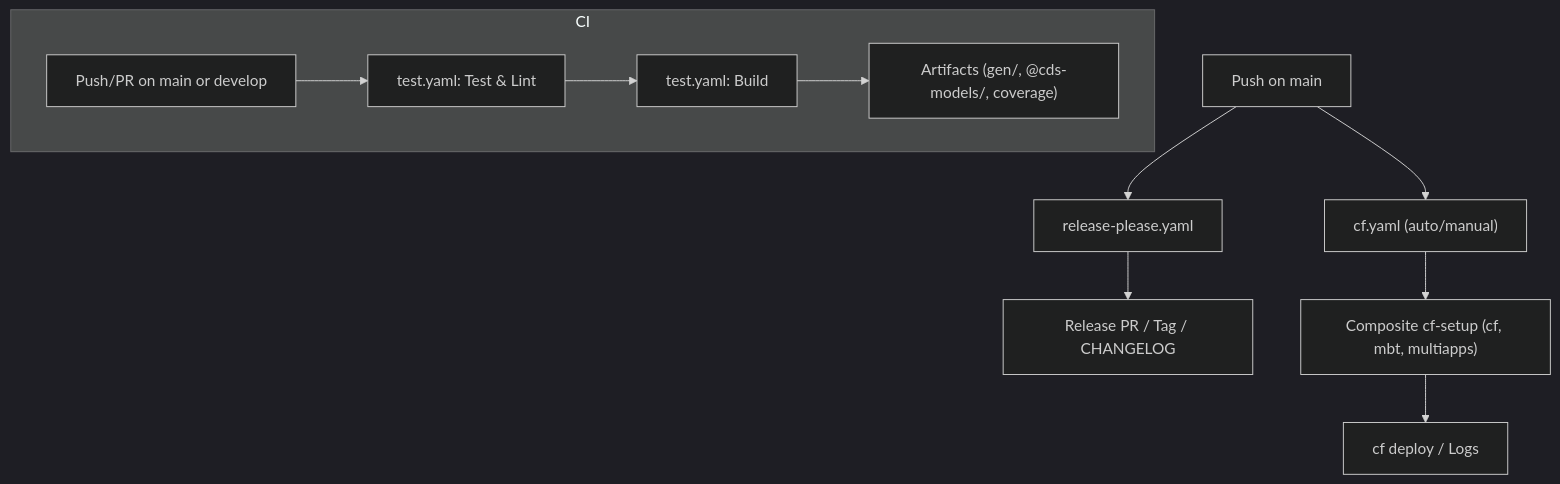
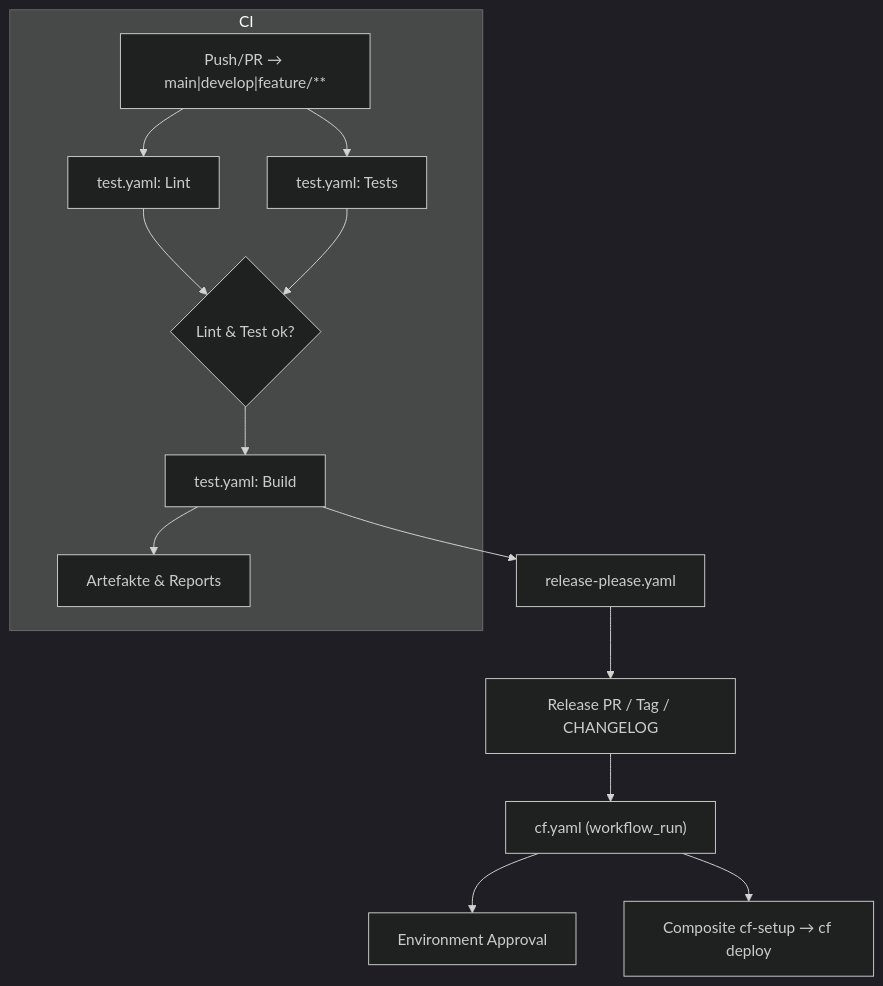
One commit to nimble-123/cap-fiori-timetracking changed the ninth of 11 diagrams in docs/ARCHITECTURE.md. Above: the diagram before and after it, drawn with Mermaid (dark theme). The commit also changed other lines of this file and 1 other file, not shown here.

Commit message:
feat: Update CI/CD workflow documentation for improved clarity and accuracy

````diff
--- a/docs/ARCHITECTURE.md
+++ b/docs/ARCHITECTURE.md
@@ -1499,13 +1499,16 @@
 ```mermaid
 flowchart TD
     subgraph CI
-        A["Push/PR on main or develop"] --> B["test.yaml: Test & Lint"]
-        B --> C["test.yaml: Build"]
-        C --> D["Artifacts (gen/, @cds-models/, coverage)"]
+        A["Push/PR → main|develop|feature/**"] --> B["test.yaml: Lint"]
+        A --> C["test.yaml: Tests"]
+        B --> D{Lint & Test ok?}
+        C --> D
+        D --> E["test.yaml: Build"]
+        E --> F["Artefakte & Reports"]
     end
-    E["Push on main"] --> F["release-please.yaml"]
-    F --> G["Release PR / Tag / CHANGELOG"]
-    E --> H["cf.yaml (auto/manual)"]
-    H --> I["Composite cf-setup (cf, mbt, multiapps)"]
-    I --> J["cf deploy / Logs"]
+    E --> G["release-please.yaml"]
+    G --> H["Release PR / Tag / CHANGELOG"]
+    H --> I["cf.yaml (workflow_run)"]
+    I --> J["Environment Approval"]
+    I --> K["Composite cf-setup → cf deploy"]
 ```
````
